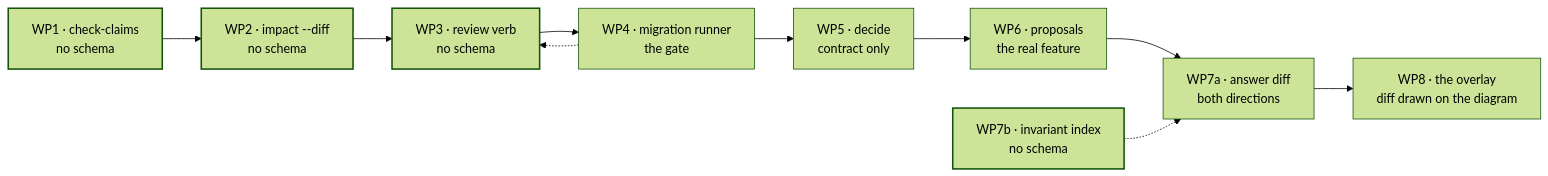
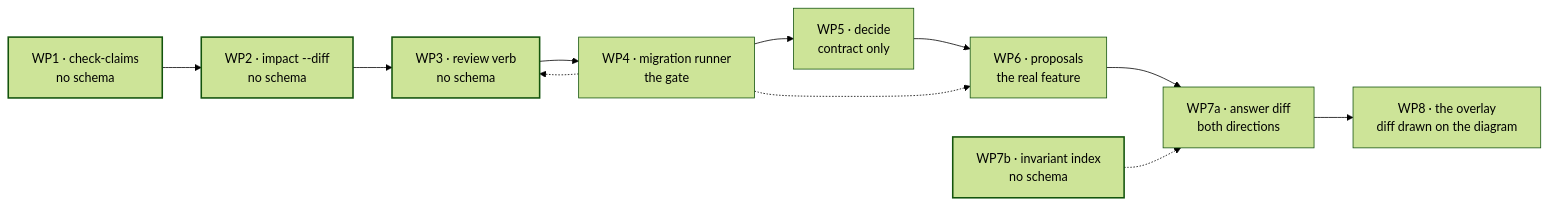
Before and after one commit to chytre-digital/veriflow-architect: the diagram in docs/product/design-and-review-loop-plan.md, drawn with Mermaid (forest theme). The commit also changed other lines of this file and 26 other files, not shown here.

````diff
--- a/docs/product/design-and-review-loop-plan.md
+++ b/docs/product/design-and-review-loop-plan.md
@@ -44,19 +44,20 @@
 ```mermaid
 flowchart LR
     WP1["WP1 · check-claims<br/>no schema"]
     WP2["WP2 · impact --diff<br/>no schema"]
     WP3["WP3 · review verb<br/>no schema"]
     WP4["WP4 · migration runner<br/>the gate"]
     WP5["WP5 · decide<br/>contract only"]
     WP6["WP6 · proposals<br/>the real feature"]
     WP7A["WP7a · answer diff<br/>both directions"]
     WP7B["WP7b · invariant index<br/>no schema"]
     WP8["WP8 · the overlay<br/>diff drawn on the diagram"]
 
     WP1 --> WP2 --> WP3 --> WP4 --> WP5 --> WP6 --> WP7A --> WP8
     WP4 -.-> WP3
+    WP4 -.-> WP6
     WP7B -.-> WP7A
 
     classDef free stroke-dasharray: 0, stroke-width: 2px
     class WP1,WP2,WP3,WP7B free
 ```
````
